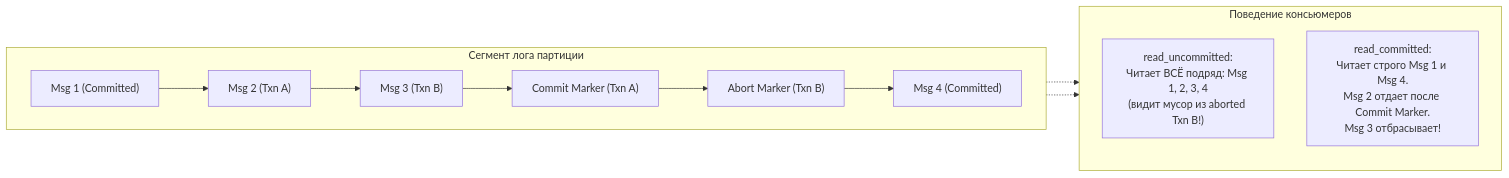
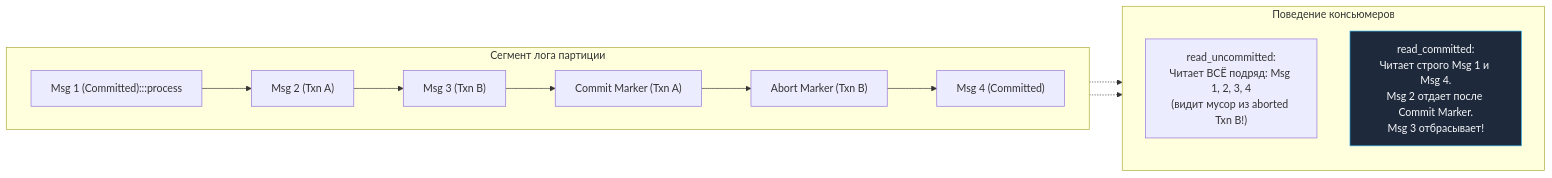
The fourth of 5 diagrams in sources/13. Очереди, брокеры сообщений и оркестраторы/03. Kafka/6. Exactly once в Kafka.md (UnrealTemplier/go-textbook), drawn with Mermaid before and after one commit. The commit also changed other lines of this file and 1666 other files, not shown here.

First line of the commit message:
feat(mermaid): add semantic color classDef to 1369 colorless flowchart/graph diagrams

````diff
--- a/sources/13. Очереди, брокеры сообщений и оркестраторы/03. Kafka/6. Exactly once в Kafka.md
+++ b/sources/13. Очереди, брокеры сообщений и оркестраторы/03. Kafka/6. Exactly once в Kafka.md
@@ -152,20 +172,30 @@
 ```mermaid
 flowchart LR
+    classDef process  fill:#1e293b,stroke:#38bdf8,stroke-width:1px,color:#f8fafc
+    classDef success  fill:#064e3b,stroke:#34d399,stroke-width:1px,color:#f8fafc
+    classDef error    fill:#7f1d1d,stroke:#f87171,stroke-width:1px,color:#f8fafc
+    classDef warning  fill:#78350f,stroke:#fbbf24,stroke-width:1px,color:#f8fafc
+    classDef entry    fill:#1e3a5f,stroke:#38bdf8,stroke-width:2px,color:#f8fafc
+    classDef aux      fill:#334155,stroke:#64748b,stroke-width:1px,color:#f8fafc
+    classDef system   fill:#312e81,stroke:#a78bfa,stroke-width:1px,color:#f8fafc
+    classDef data     fill:#132d29,stroke:#2dd4bf,stroke-width:1px,color:#f8fafc
+    classDef network  fill:#881337,stroke:#fb7185,stroke-width:1px,color:#f8fafc
+    classDef accent   fill:#1e1b4b,stroke:#818cf8,stroke-width:1px,color:#f8fafc
     subgraph Log["Сегмент лога партиции"]
         direction LR
-        M1["Msg 1 (Committed)"] --> M2["Msg 2 (Txn A)"]
+        M1["Msg 1 (Committed):::process"] --> M2["Msg 2 (Txn A)"]
         M2 --> M3["Msg 3 (Txn B)"]
         M3 --> CMark["Commit Marker (Txn A)"]
         CMark --> AMark["Abort Marker (Txn B)"]
         AMark --> M4["Msg 4 (Committed)"]
     end
 
     subgraph Consumers["Поведение консьюмеров"]
         direction TB
         RU["read_uncommitted:<br>Читает ВСЁ подряд: Msg 1, 2, 3, 4<br>(видит мусор из aborted Txn B!)"]
-        RC["read_committed:<br>Читает строго Msg 1 и Msg 4.<br>Msg 2 отдает после Commit Marker.<br>Msg 3 отбрасывает!"]
+        RC["read_committed:<br>Читает строго Msg 1 и Msg 4.<br>Msg 2 отдает после Commit Marker.<br>Msg 3 отбрасывает!"]:::process
     end
 
     Log -.-> RU
     Log -.-> RC
 ```
````
